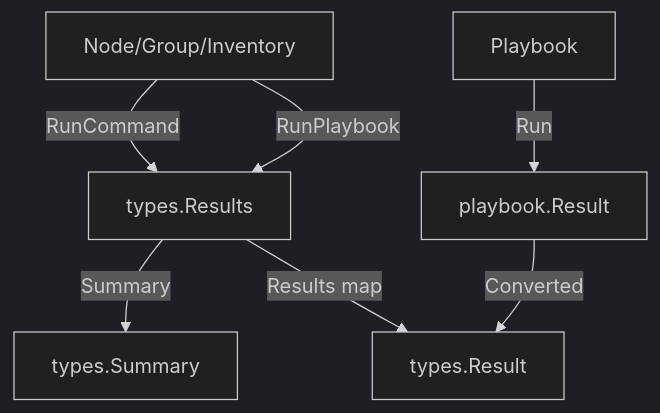
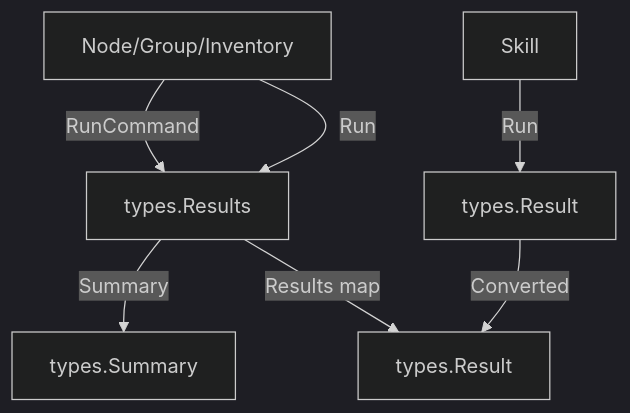
Before and after one commit to dracory/ork: the diagram in docs/livewiki/modules/types.md, drawn with Mermaid (dark theme). The commit also changed other lines of this file and 20 other files, not shown here.

````diff
--- a/docs/livewiki/modules/types.md
+++ b/docs/livewiki/modules/types.md
@@ -422,9 +596,9 @@
 ```mermaid
 graph TD
     A[Node/Group/Inventory] -->|RunCommand| B[types.Results]
-    A -->|RunPlaybook| B
+    A -->|Run| B
     B -->|Summary| C[types.Summary]
     B -->|Results map| D[types.Result]
-    E[Playbook] -->|Run| F[playbook.Result]
+    E[Skill] -->|Run| F[types.Result]
     F -->|Converted| D
 ```
````
